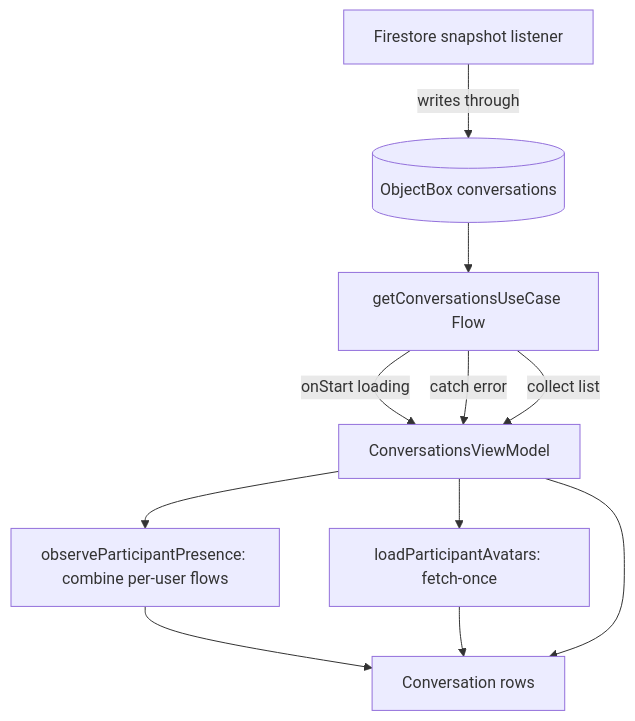
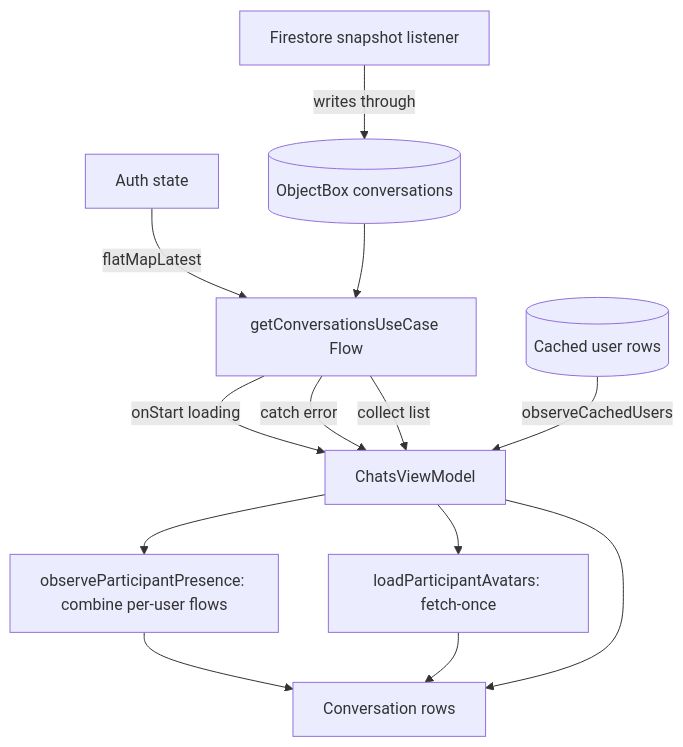
Before and after one commit to DerekBurned/messenger-docs: the diagram in 02 - Features/Conversations List.md, drawn with Mermaid. The commit also changed other lines of this file and 3 other files, not shown here.

Commit message:
Update Conversations List for ChatsViewModel, live peer rows and the auth-scoped listener

````diff
--- a/02 - Features/Conversations List.md
+++ b/02 - Features/Conversations List.md
@@ -101,13 +149,15 @@
 ```mermaid
 flowchart TD
-    OBX[(ObjectBox conversations)] --> STREAM[getConversationsUseCase Flow]
+    AUTH[Auth state] -->|flatMapLatest| STREAM[getConversationsUseCase Flow]
+    OBX[(ObjectBox conversations)] --> STREAM
     FS[Firestore snapshot listener] -->|writes through| OBX
-    STREAM -->|onStart loading| VM[ConversationsViewModel]
+    STREAM -->|onStart loading| VM[ChatsViewModel]
     STREAM -->|catch error| VM
     STREAM -->|collect list| VM
+    USERS[(Cached user rows)] -->|observeCachedUsers| VM
     VM --> P[observeParticipantPresence: combine per-user flows]
     VM --> A[loadParticipantAvatars: fetch-once]
     P --> UI[Conversation rows]
     A --> UI
     VM --> UI
 ```
````
